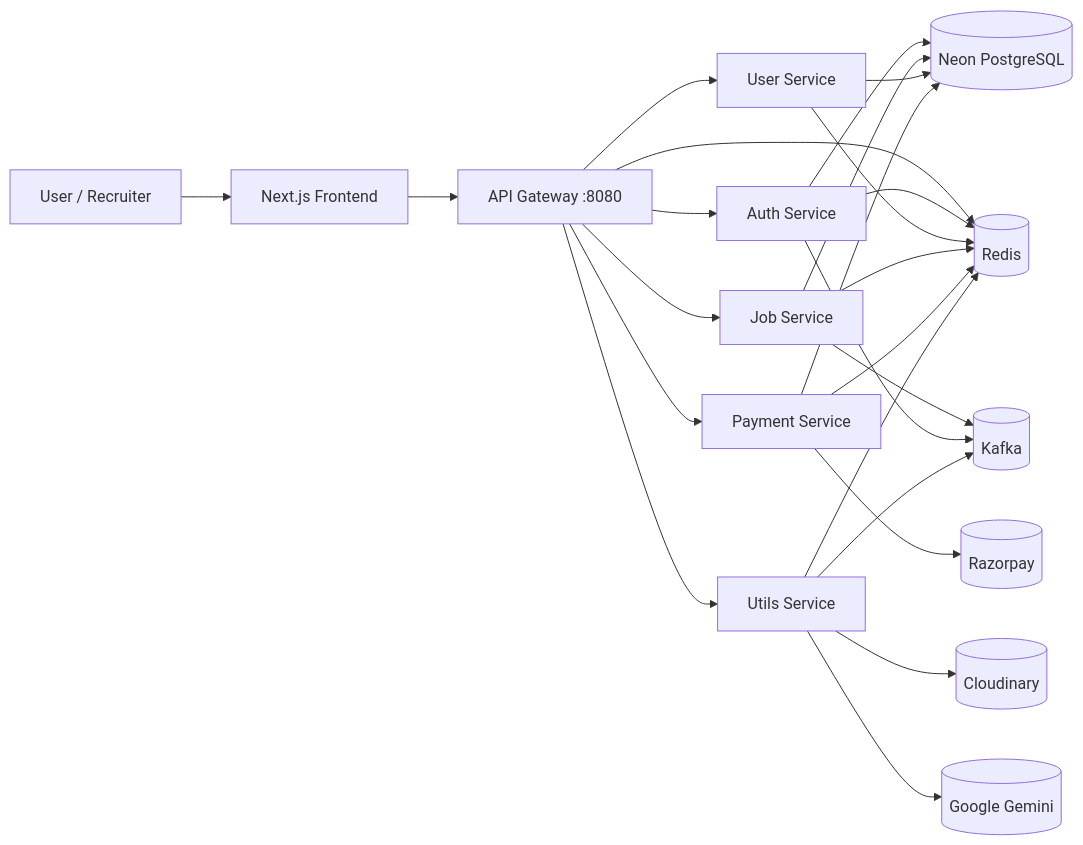
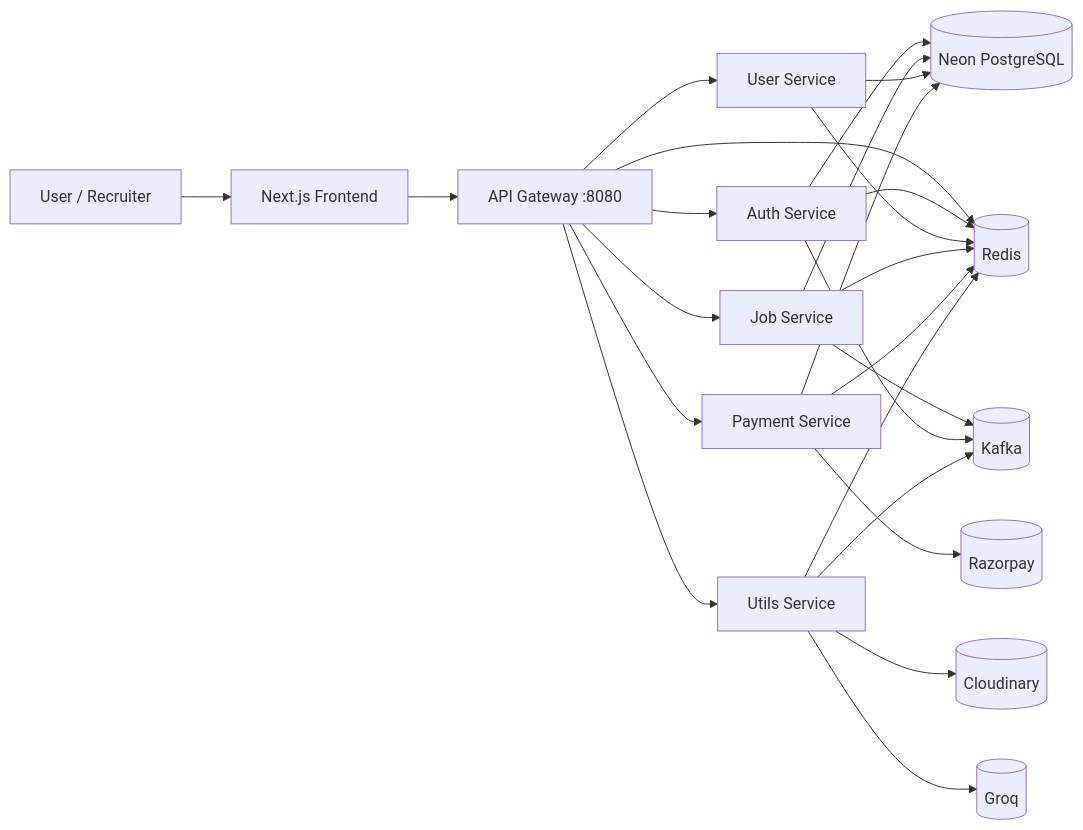
One commit to AyushCipher/HireHeaven-Job-Portal changed the first of 2 diagrams in README.md. Above: the diagram before and after it, drawn with Mermaid. The commit also changed other lines of this file and 4 other files, not shown here.

First line of the commit message:
Replace Gemini with Groq for AI resume/career endpoints

````diff
--- a/README.md
+++ b/README.md
@@ -39,29 +39,29 @@
 ```mermaid
 flowchart LR
   U[User / Recruiter] --> F[Next.js Frontend]
   F --> GW[API Gateway :8080]
 
   GW --> A[Auth Service]
   GW --> US[User Service]
   GW --> J[Job Service]
   GW --> P[Payment Service]
   GW --> X[Utils Service]
 
   A --> DB[(Neon PostgreSQL)]
   J --> DB
   US --> DB
   P --> DB
 
   GW --> R[(Redis)]
   A --> R
   US --> R
   J --> R
   P --> R
   X --> R
   J --> K[(Kafka)]
   A --> K
   X --> K
   X --> C[(Cloudinary)]
-  X --> G[(Google Gemini)]
+  X --> G[(Groq)]
   P --> RZ[(Razorpay)]
 ```
````
